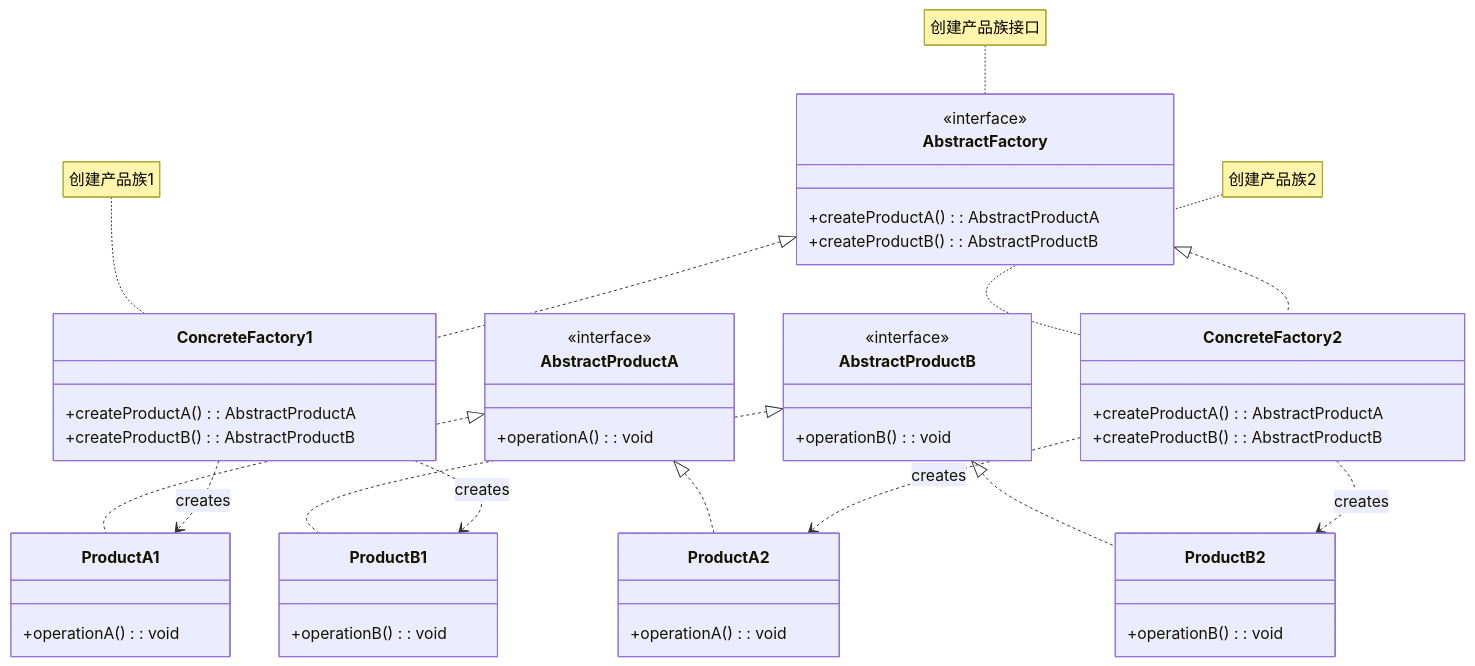
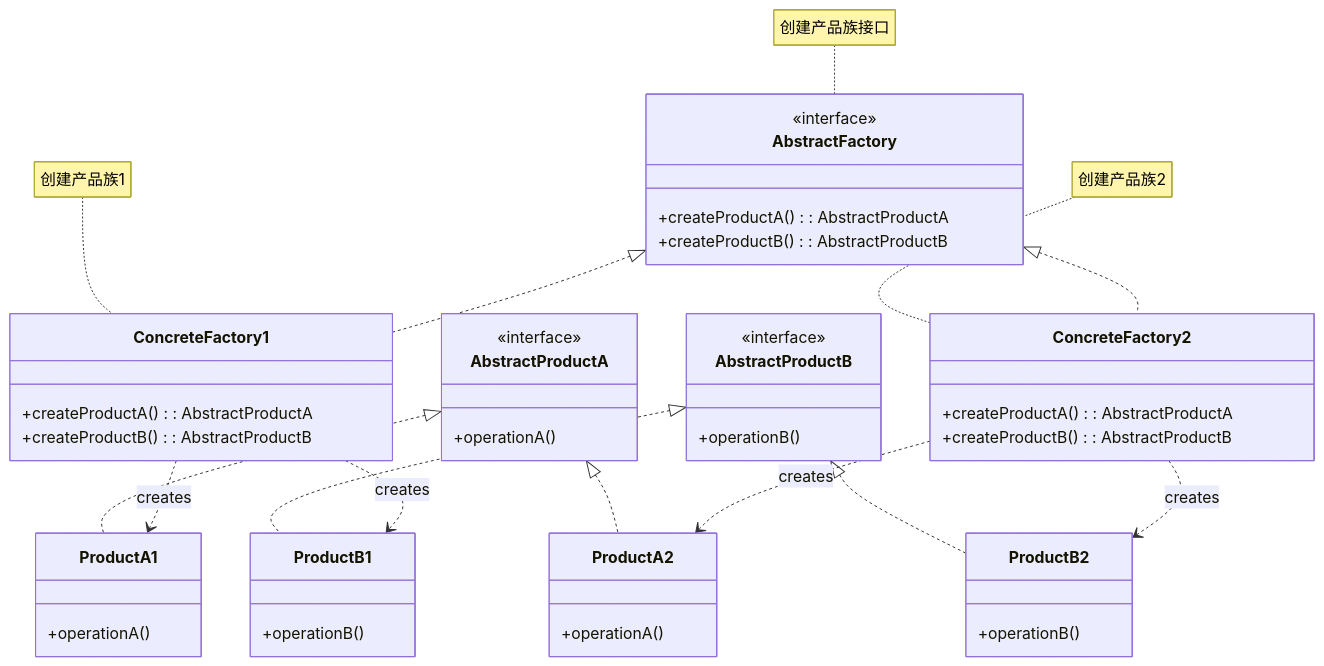
The first of 5 diagrams in resources/design-patterns/laravel/creational/abstract_factory_zh.md (fanly/DesignPattern), drawn with Mermaid before and after one commit. The commit also changed other lines of this file and 103 other files, not shown here.

````diff
--- a/resources/design-patterns/laravel/creational/abstract_factory_zh.md
+++ b/resources/design-patterns/laravel/creational/abstract_factory_zh.md
@@ -10,59 +10,59 @@
 ```mermaid
 classDiagram
     class AbstractFactory {
         <<interface>>
         +createProductA(): AbstractProductA
         +createProductB(): AbstractProductB
     }
     
     class ConcreteFactory1 {
         +createProductA(): AbstractProductA
         +createProductB(): AbstractProductB
     }
     
     class ConcreteFactory2 {
         +createProductA(): AbstractProductA
         +createProductB(): AbstractProductB
     }
     
     class AbstractProductA {
         <<interface>>
-        +operationA(): void
+        +operationA()
     }
     
     class AbstractProductB {
         <<interface>>
-        +operationB(): void
+        +operationB()
     }
     
     class ProductA1 {
-        +operationA(): void
+        +operationA()
     }
     
     class ProductA2 {
-        +operationA(): void
+        +operationA()
     }
     
     class ProductB1 {
-        +operationB(): void
+        +operationB()
     }
     
     class ProductB2 {
-        +operationB(): void
+        +operationB()
     }
     
     AbstractFactory <|.. ConcreteFactory1
     AbstractFactory <|.. ConcreteFactory2
     AbstractProductA <|.. ProductA1
     AbstractProductA <|.. ProductA2
     AbstractProductB <|.. ProductB1
     AbstractProductB <|.. ProductB2
     ConcreteFactory1 ..> ProductA1 : creates
     ConcreteFactory1 ..> ProductB1 : creates
     ConcreteFactory2 ..> ProductA2 : creates
     ConcreteFactory2 ..> ProductB2 : creates
     
     note for AbstractFactory "创建产品族接口"
     note for ConcreteFactory1 "创建产品族1"
     note for ConcreteFactory2 "创建产品族2"
 ```
````
